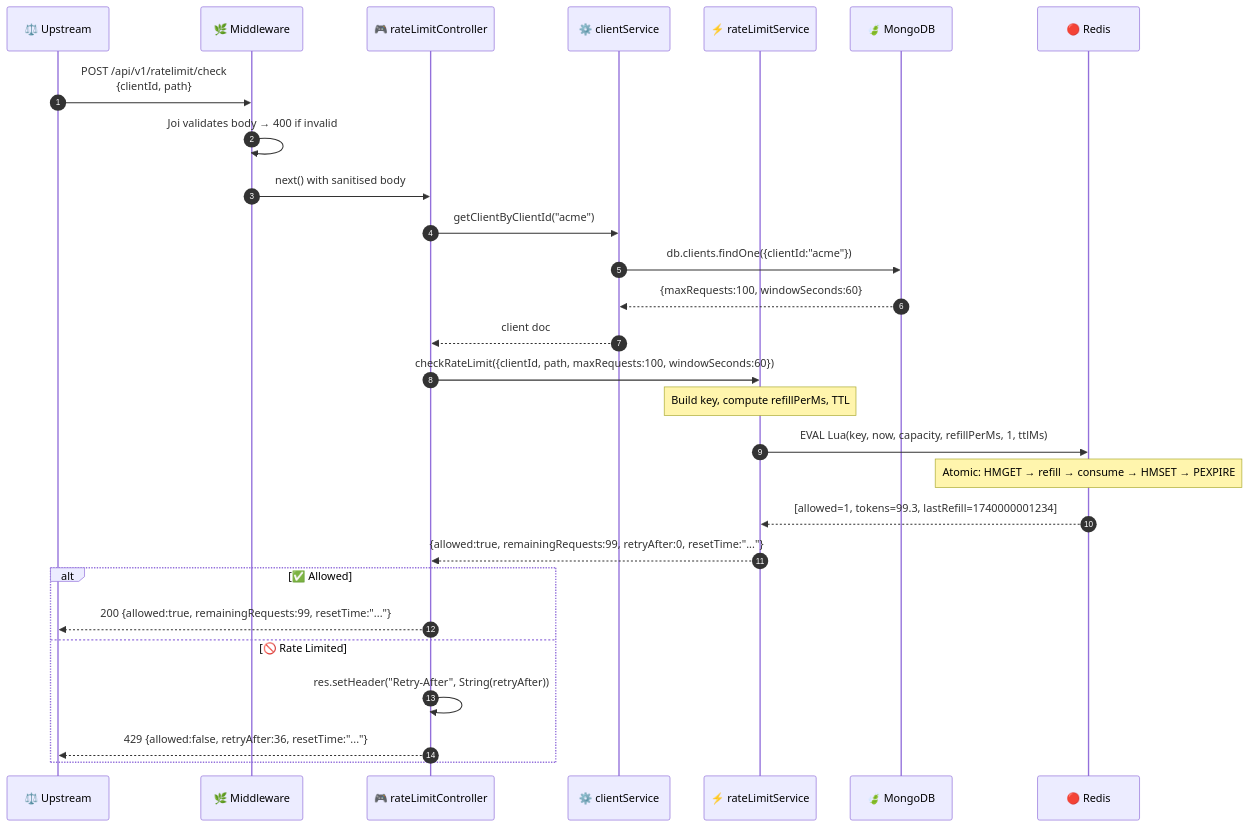
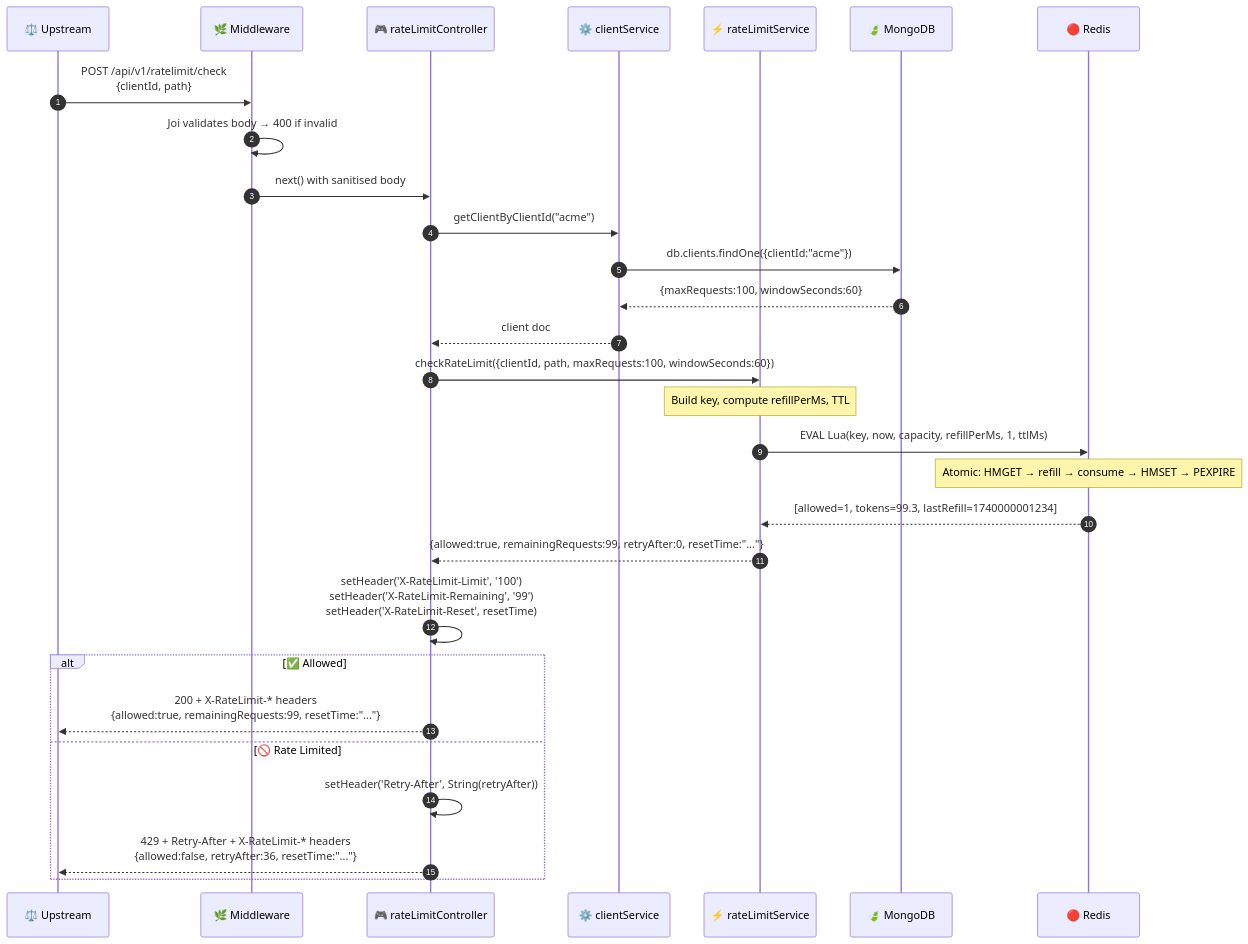
The sixth of 17 diagrams in ARCHITECTURE.md (ramalokeshreddyp/RateGuard), drawn with Mermaid before and after one commit. The commit also changed other lines of this file and 2 other files, not shown here.

Commit message:
docs: comprehensive rewrite of README, ARCHITECTURE, and projectdocumentation (v2.0) - 43 tests, GET /clients/:id, X-RateLimit-* headers, BCRYPT_ROUNDS, ioredis-mock, .dockerignore

````diff
--- a/ARCHITECTURE.md
+++ b/ARCHITECTURE.md
@@ -317,32 +335,33 @@
 ```mermaid
 sequenceDiagram
     autonumber
     participant U as ⚖️ Upstream
     participant MW as 🌿 Middleware
     participant RC as 🎮 rateLimitController
     participant CS as ⚙️ clientService
     participant RLS as ⚡ rateLimitService
     participant MDB as 🍃 MongoDB
     participant RDS as 🔴 Redis
 
     U->>MW: POST /api/v1/ratelimit/check<br/>{clientId, path}
     MW->>MW: Joi validates body → 400 if invalid
     MW->>RC: next() with sanitised body
     RC->>CS: getClientByClientId("acme")
     CS->>MDB: db.clients.findOne({clientId:"acme"})
     MDB-->>CS: {maxRequests:100, windowSeconds:60}
     CS-->>RC: client doc
     RC->>RLS: checkRateLimit({clientId, path, maxRequests:100, windowSeconds:60})
     Note over RLS: Build key, compute refillPerMs, TTL
     RLS->>RDS: EVAL Lua(key, now, capacity, refillPerMs, 1, ttlMs)
     Note over RDS: Atomic: HMGET → refill → consume → HMSET → PEXPIRE
     RDS-->>RLS: [allowed=1, tokens=99.3, lastRefill=1740000001234]
     RLS-->>RC: {allowed:true, remainingRequests:99, retryAfter:0, resetTime:"..."}
+    RC->>RC: setHeader('X-RateLimit-Limit', '100')<br/>setHeader('X-RateLimit-Remaining', '99')<br/>setHeader('X-RateLimit-Reset', resetTime)
 
     alt ✅ Allowed
-        RC-->>U: 200 {allowed:true, remainingRequests:99, resetTime:"..."}
+        RC-->>U: 200 + X-RateLimit-* headers<br/>{allowed:true, remainingRequests:99, resetTime:"..."}
     else 🚫 Rate Limited
-        RC->>RC: res.setHeader("Retry-After", String(retryAfter))
-        RC-->>U: 429 {allowed:false, retryAfter:36, resetTime:"..."}
+        RC->>RC: setHeader('Retry-After', String(retryAfter))
+        RC-->>U: 429 + Retry-After + X-RateLimit-* headers<br/>{allowed:false, retryAfter:36, resetTime:"..."}
     end
 ```
````
